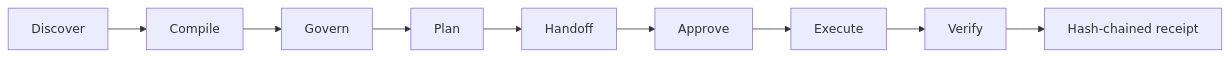
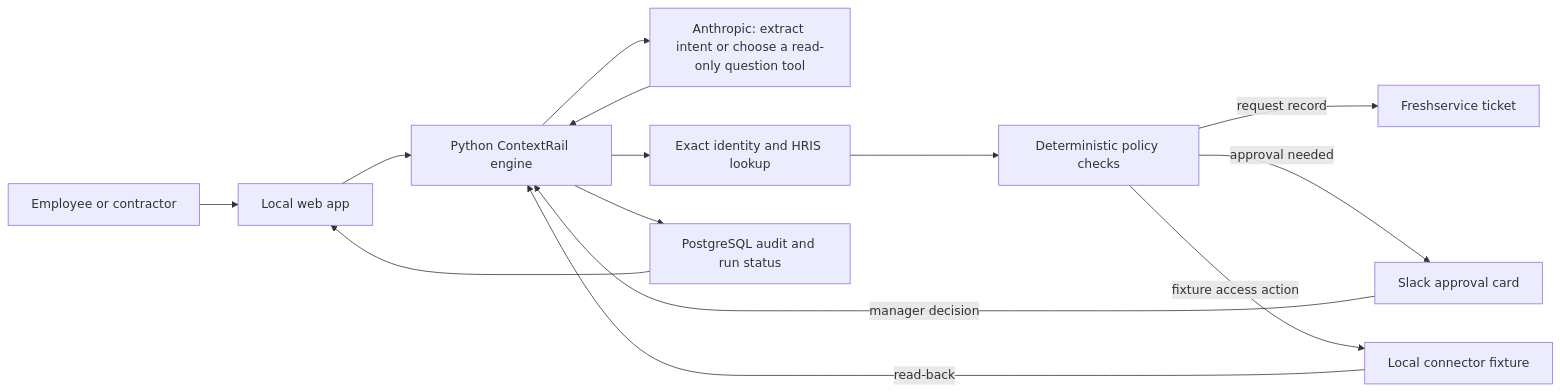
The diagram in README.md (RHUDHRESH/contextrail), drawn with Mermaid before and after one commit. The commit also changed other lines of this file, not shown here.

First line of the commit message:
docs(repo): refresh local demo scope and status [T222]

````diff
--- a/README.md
+++ b/README.md
@@ -11,11 +34,16 @@
 ```mermaid
 flowchart LR
-  D[Discover] --> C[Compile]
-  C --> G[Govern]
-  G --> P[Plan]
-  P --> H[Handoff]
-  H --> A[Approve]
-  A --> E[Execute]
-  E --> V[Verify]
-  V --> R[Hash-chained receipt]
+  U[Employee or contractor] --> W[Local web app]
+  W --> E[Python ContextRail engine]
+  E --> L[Anthropic: extract intent or choose a read-only question tool]
+  L --> E
+  E --> I[Exact identity and HRIS lookup]
+  I --> P[Deterministic policy checks]
+  P -->|request record| F[Freshservice ticket]
+  P -->|approval needed| S[Slack approval card]
+  S -->|manager decision| E
+  P -->|fixture access action| X[Local connector fixture]
+  X -->|read-back| E
+  E --> A[PostgreSQL audit and run status]
+  A --> W
 ```
````
